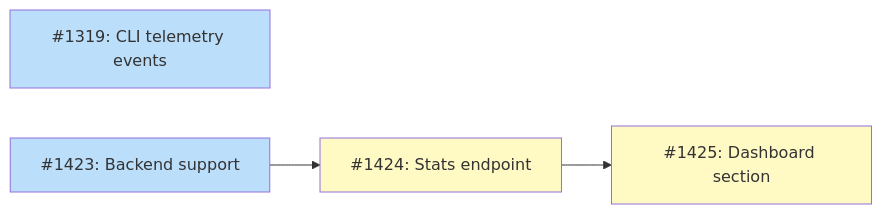
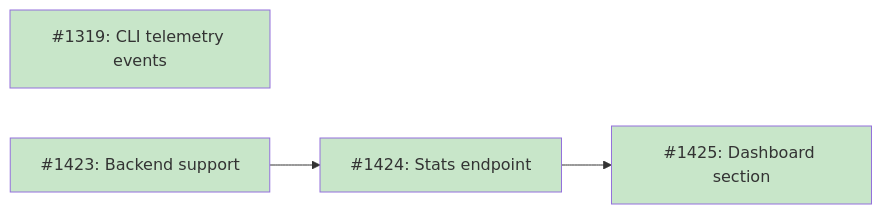
Before and after one commit to tsukumogami/tsuku: the diagram in docs/designs/DESIGN-discovery-telemetry.md, drawn with Mermaid. The commit also changed other lines of this file, not shown here.

````diff
--- a/docs/designs/DESIGN-discovery-telemetry.md
+++ b/docs/designs/DESIGN-discovery-telemetry.md
@@ -28,17 +28,14 @@
 ```mermaid
 graph LR
     I1319["#1319: CLI telemetry events"]
     I1423["#1423: Backend support"]
     I1424["#1424: Stats endpoint"]
     I1425["#1425: Dashboard section"]
 
     I1423 --> I1424
     I1424 --> I1425
 
     classDef done fill:#c8e6c9
-    classDef ready fill:#bbdefb
-    classDef blocked fill:#fff9c4
 
-    class I1319,I1423 ready
-    class I1424,I1425 blocked
+    class I1319,I1423,I1424,I1425 done
 ```
````
